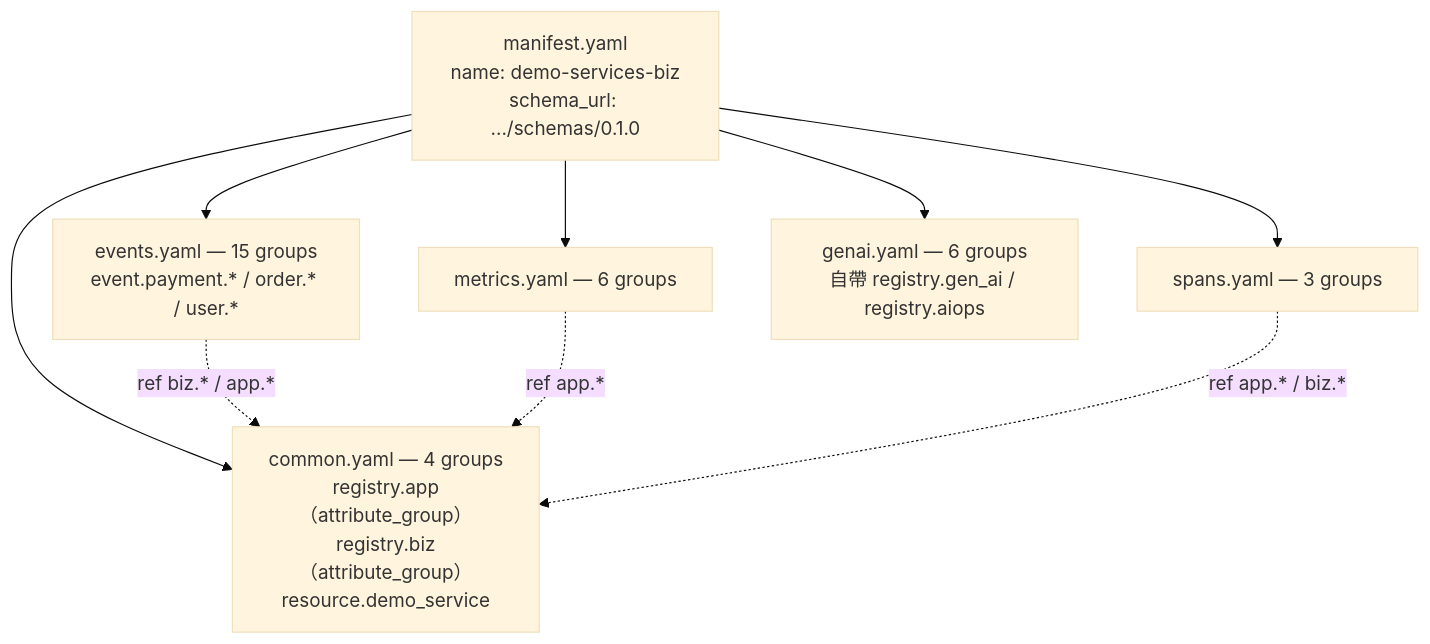
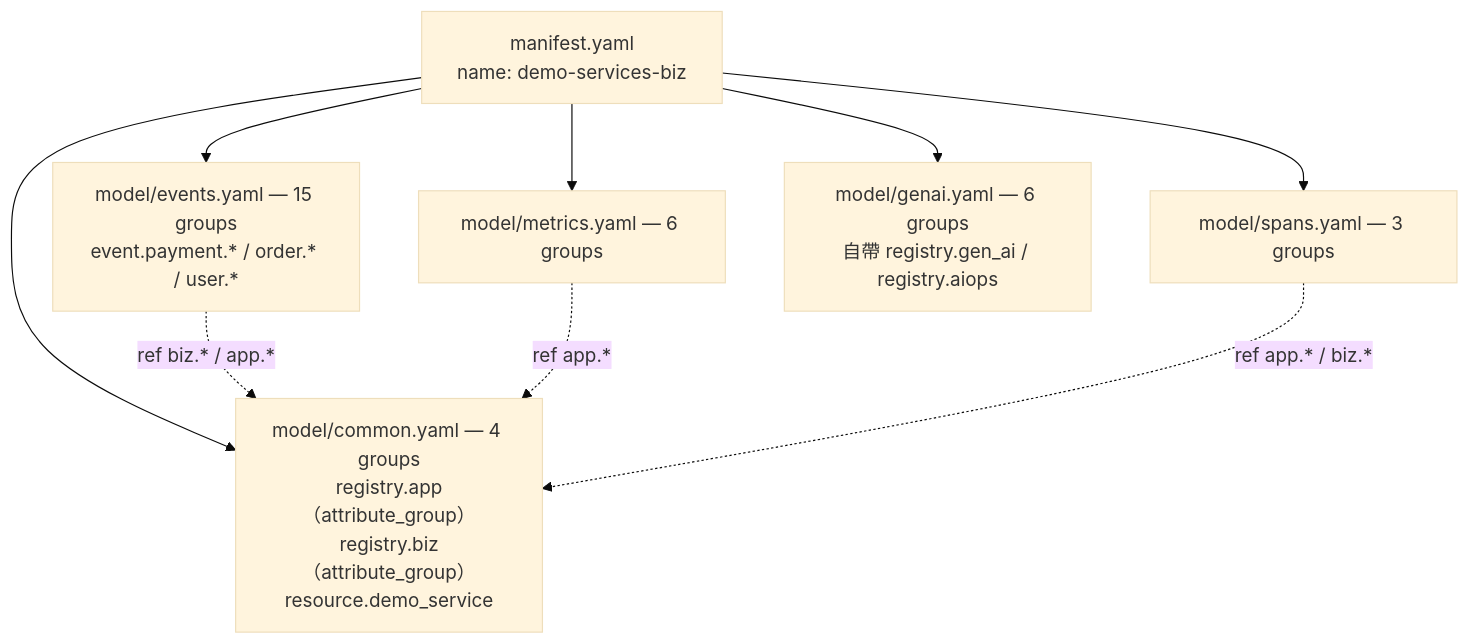
One commit to tedmax100/o11y-bench changed the second of 3 diagrams in weaver-demo/ironman-2026/day05.md. Above: the diagram before and after it, drawn with Mermaid (base theme). The commit also changed other lines of this file and 7 other files, not shown here.

First line of the commit message:
docs(weaver-demo): cover weaver 0.25.0, expand Day5's schema walkthrough

````diff
--- a/weaver-demo/ironman-2026/day05.md
+++ b/weaver-demo/ironman-2026/day05.md
@@ -49,13 +415,13 @@
 ```mermaid
 flowchart TB
-    M["manifest.yaml<br/>name: demo-services-biz<br/>schema_url: .../schemas/0.1.0"]
-    M --> C["common.yaml — 4 groups<br/>registry.app（attribute_group）<br/>registry.biz（attribute_group）<br/>resource.demo_service"]
-    M --> E["events.yaml — 15 groups<br/>event.payment.* / order.* / user.*"]
-    M --> ME["metrics.yaml — 6 groups"]
-    M --> S["spans.yaml — 3 groups"]
-    M --> G["genai.yaml — 6 groups<br/>自帶 registry.gen_ai / registry.aiops"]
+    M["manifest.yaml<br/>name: demo-services-biz"]
+    M --> C["model/common.yaml — 4 groups<br/>registry.app（attribute_group）<br/>registry.biz（attribute_group）<br/>resource.demo_service"]
+    M --> E["model/events.yaml — 15 groups<br/>event.payment.* / order.* / user.*"]
+    M --> ME["model/metrics.yaml — 6 groups"]
+    M --> S["model/spans.yaml — 3 groups"]
+    M --> G["model/genai.yaml — 6 groups<br/>自帶 registry.gen_ai / registry.aiops"]
 
     E -.->|"ref biz.* / app.*"| C
     ME -.->|"ref app.*"| C
     S -.->|"ref app.* / biz.*"| C
 ```
````
